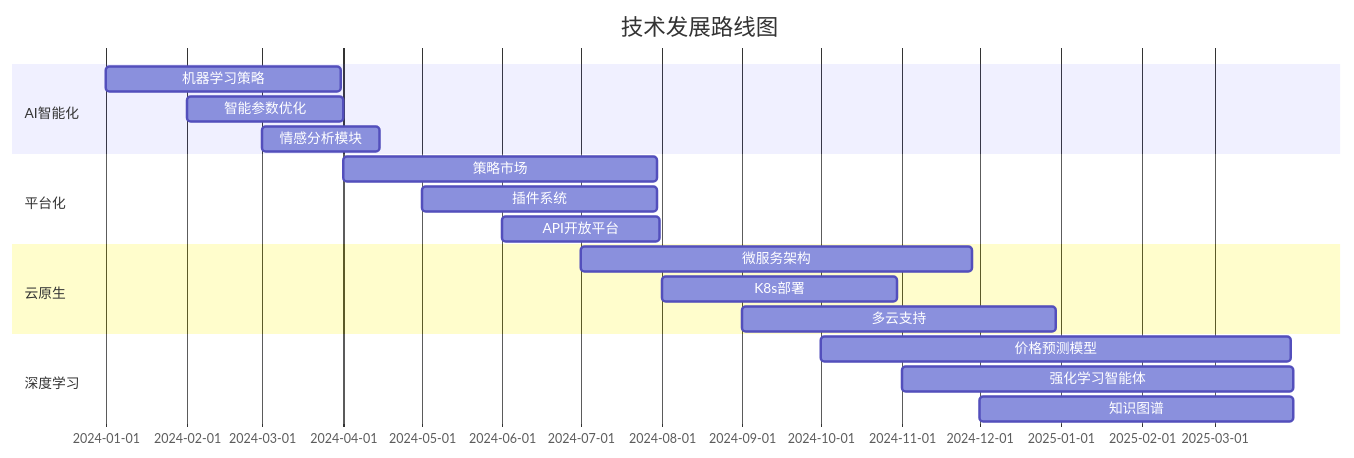
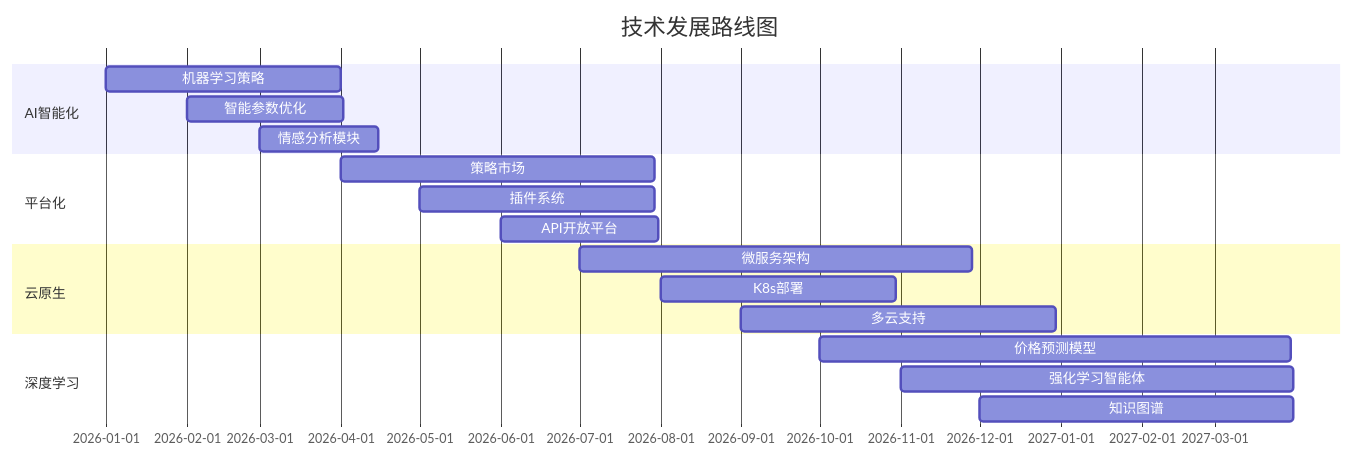
The diagram in README.md (hall130/follow_trade_for_trade), drawn with Mermaid before and after one commit. The commit also changed 7 other files, not shown here.

````diff
--- a/README.md
+++ b/README.md
@@ -811,24 +811,24 @@
 ```mermaid
 gantt
     title 技术发展路线图
     dateFormat  YYYY-MM-DD
     section AI智能化
-    机器学习策略     :2024-01-01, 90d
-    智能参数优化     :2024-02-01, 60d
-    情感分析模块     :2024-03-01, 45d
+    机器学习策略     :2026-01-01, 90d
+    智能参数优化     :2026-02-01, 60d
+    情感分析模块     :2026-03-01, 45d
     
     section 平台化
-    策略市场        :2024-04-01, 120d
-    插件系统        :2024-05-01, 90d
-    API开放平台     :2024-06-01, 60d
+    策略市场        :2026-04-01, 120d
+    插件系统        :2026-05-01, 90d
+    API开放平台     :2026-06-01, 60d
     
     section 云原生
-    微服务架构      :2024-07-01, 150d
-    K8s部署        :2024-08-01, 90d
-    多云支持        :2024-09-01, 120d
+    微服务架构      :2026-07-01, 150d
+    K8s部署        :2026-08-01, 90d
+    多云支持        :2026-09-01, 120d
     
     section 深度学习
-    价格预测模型    :2024-10-01, 180d
-    强化学习智能体  :2024-11-01, 150d
-    知识图谱       :2024-12-01, 120d
+    价格预测模型    :2026-10-01, 180d
+    强化学习智能体  :2026-11-01, 150d
+    知识图谱       :2026-12-01, 120d
 ```
````
